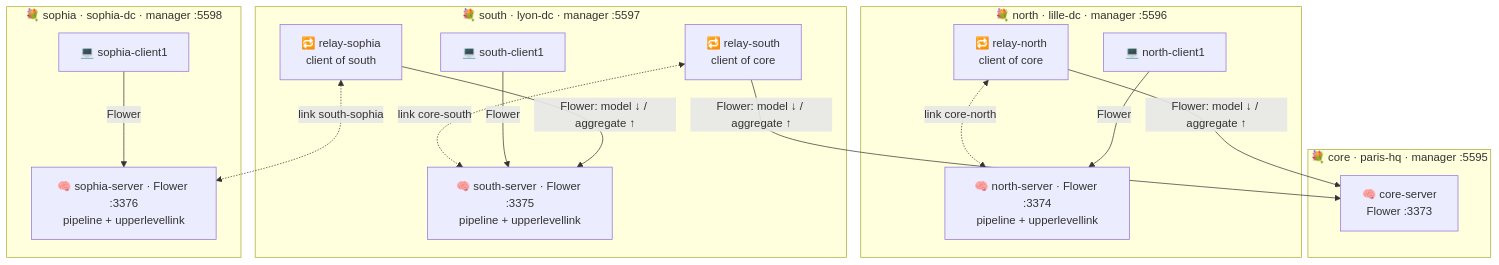
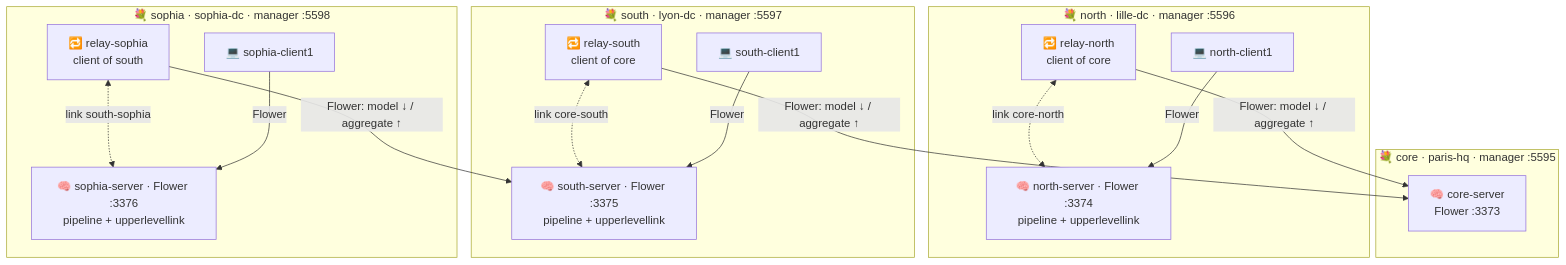
The second of 2 diagrams in docs/hierarchical-session.md (ThalesGroup/pybiscus), drawn with Mermaid before and after one commit. The commit also changed other lines of this file, not shown here.

Commit message:
Docs: relay-sophia drawn on the site it runs on, site and bouquet told apart

````diff
--- a/docs/hierarchical-session.md
+++ b/docs/hierarchical-session.md
@@ -142,30 +142,30 @@
 ```mermaid
 flowchart TB
   subgraph core["💐 core · paris-hq · manager :5595"]
     CS["🧠 core-server<br/>Flower :3373"]
   end
   subgraph north["💐 north · lille-dc · manager :5596"]
     RN["🔁 relay-north<br/>client of core"]
     NS["🧠 north-server · Flower :3374<br/>pipeline + upperlevellink"]
     NC["💻 north-client1"]
   end
   subgraph south["💐 south · lyon-dc · manager :5597"]
     RS["🔁 relay-south<br/>client of core"]
     SS["🧠 south-server · Flower :3375<br/>pipeline + upperlevellink"]
     SC["💻 south-client1"]
-    RP["🔁 relay-sophia<br/>client of south"]
   end
   subgraph sophia["💐 sophia · sophia-dc · manager :5598"]
+    RP["🔁 relay-sophia<br/>client of south"]
     PS["🧠 sophia-server · Flower :3376<br/>pipeline + upperlevellink"]
     PC["💻 sophia-client1"]
   end
   RN -- "Flower: model ↓ / aggregate ↑" --> CS
   RS -- "Flower: model ↓ / aggregate ↑" --> CS
   RN <-. "link core-north" .-> NS
   RS <-. "link core-south" .-> SS
   NC -- Flower --> NS
   SC -- Flower --> SS
   RP -- "Flower: model ↓ / aggregate ↑" --> SS
   RP <-. "link south-sophia" .-> PS
   PC -- Flower --> PS
 ```
````
